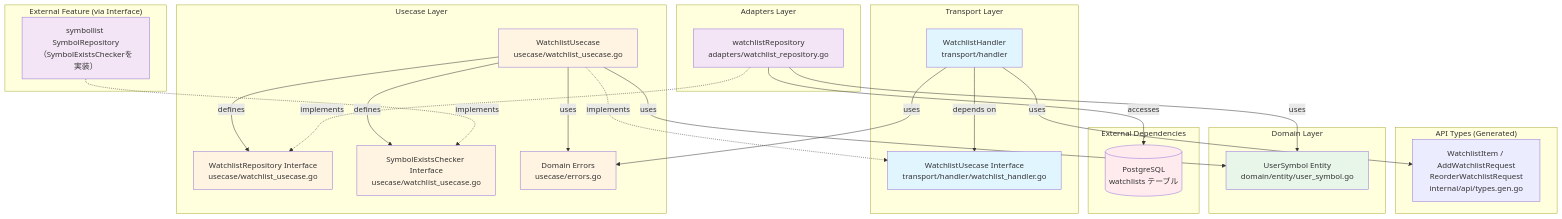
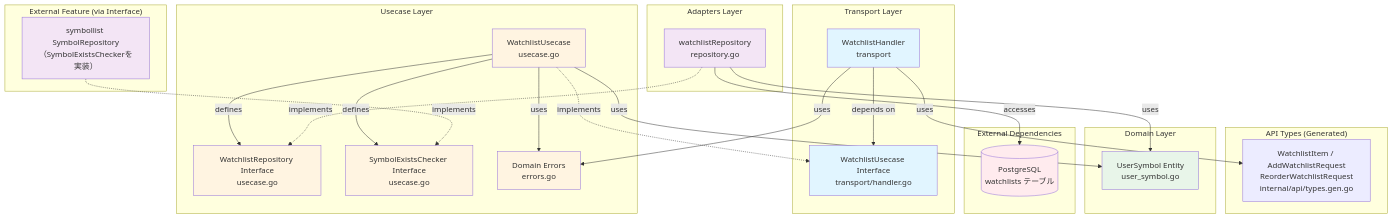
Before and after one commit to UCHIDAnobuhiro/stock_backend: the fourth of 4 diagrams in internal/feature/watchlist/README.md, drawn with Mermaid. The commit also changed other lines of this file and 6 other files, not shown here.

````diff
--- a/internal/feature/watchlist/README.md
+++ b/internal/feature/watchlist/README.md
@@ -195,58 +195,58 @@
 ```mermaid
 graph TB
     subgraph "Transport Layer"
-        Handler[WatchlistHandler<br/>transport/handler]
-        UCInterface[WatchlistUsecase Interface<br/>transport/handler/watchlist_handler.go]
+        Handler[WatchlistHandler<br/>transport]
+        UCInterface[WatchlistUsecase Interface<br/>transport/handler.go]
     end
 
     subgraph "API Types (Generated)"
         APITypes[WatchlistItem / AddWatchlistRequest<br/>ReorderWatchlistRequest<br/>internal/api/types.gen.go]
     end
 
     subgraph "Usecase Layer"
-        WatchlistUC[WatchlistUsecase<br/>usecase/watchlist_usecase.go]
-        RepoInterface[WatchlistRepository Interface<br/>usecase/watchlist_usecase.go]
-        SymbolInterface[SymbolExistsChecker Interface<br/>usecase/watchlist_usecase.go]
-        Errors[Domain Errors<br/>usecase/errors.go]
+        WatchlistUC[WatchlistUsecase<br/>usecase.go]
+        RepoInterface[WatchlistRepository Interface<br/>usecase.go]
+        SymbolInterface[SymbolExistsChecker Interface<br/>usecase.go]
+        Errors[Domain Errors<br/>errors.go]
     end
 
     subgraph "Domain Layer"
-        Entity[UserSymbol Entity<br/>domain/entity/user_symbol.go]
+        Entity[UserSymbol Entity<br/>user_symbol.go]
     end
 
     subgraph "Adapters Layer"
-        RepoImpl[watchlistRepository<br/>adapters/watchlist_repository.go]
+        RepoImpl[watchlistRepository<br/>repository.go]
     end
 
     subgraph "External Feature (via Interface)"
         SymbolChecker[symbollist SymbolRepository<br/>（SymbolExistsCheckerを実装）]
     end
 
     subgraph "External Dependencies"
         DB[(PostgreSQL<br/>watchlists テーブル)]
     end
 
     Handler -->|depends on| UCInterface
     Handler -->|uses| APITypes
     Handler -->|uses| Errors
     WatchlistUC -.->|implements| UCInterface
     WatchlistUC -->|defines| RepoInterface
     WatchlistUC -->|defines| SymbolInterface
     WatchlistUC -->|uses| Entity
     WatchlistUC -->|uses| Errors
     RepoImpl -.->|implements| RepoInterface
     RepoImpl -->|uses| Entity
     RepoImpl -->|accesses| DB
     SymbolChecker -.->|implements| SymbolInterface
 
     style Handler fill:#e1f5ff
     style UCInterface fill:#e1f5ff
     style WatchlistUC fill:#fff4e1
     style RepoInterface fill:#fff4e1
     style SymbolInterface fill:#fff4e1
     style Errors fill:#fff4e1
     style Entity fill:#e8f5e9
     style RepoImpl fill:#f3e5f5
     style DB fill:#ffebee
     style SymbolChecker fill:#f3e5f5
 ```
````
